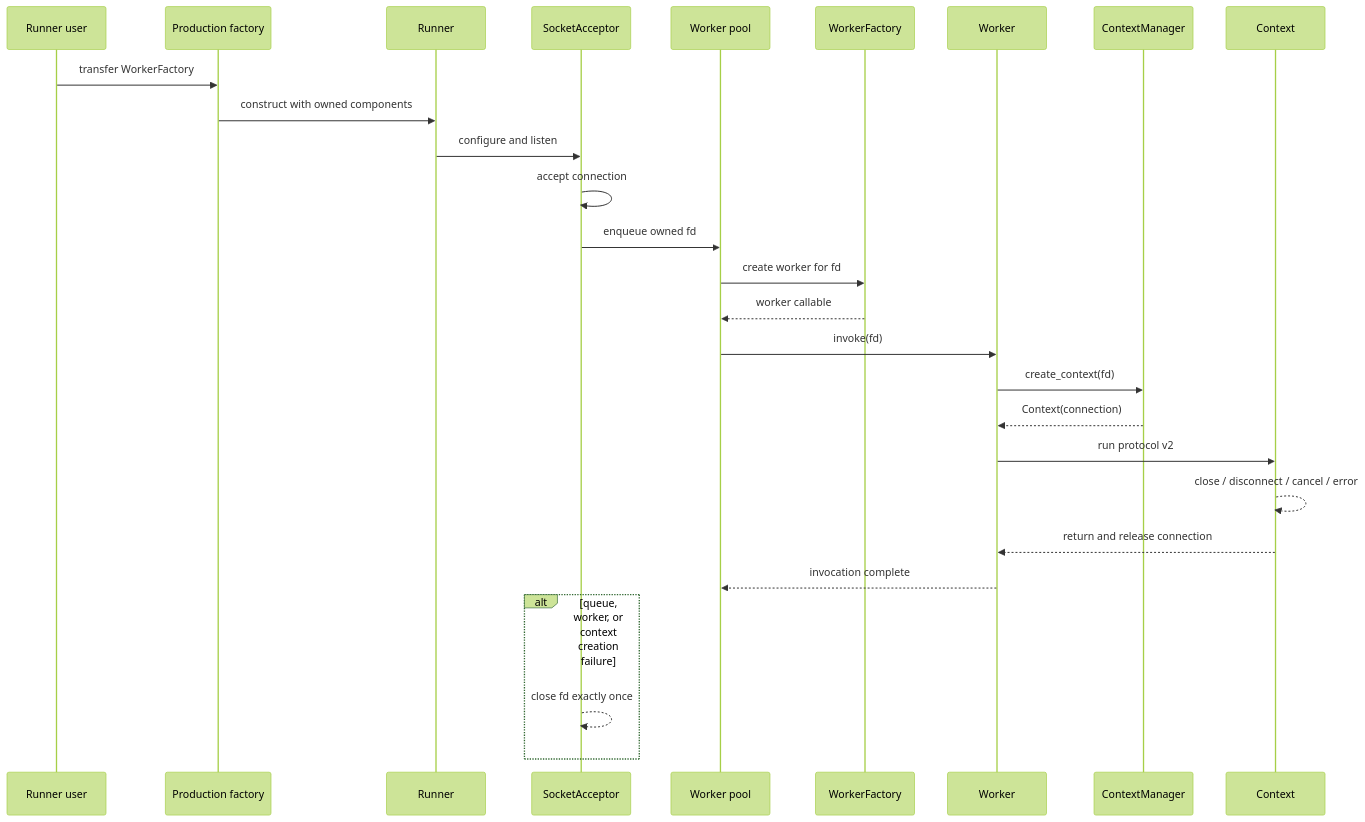
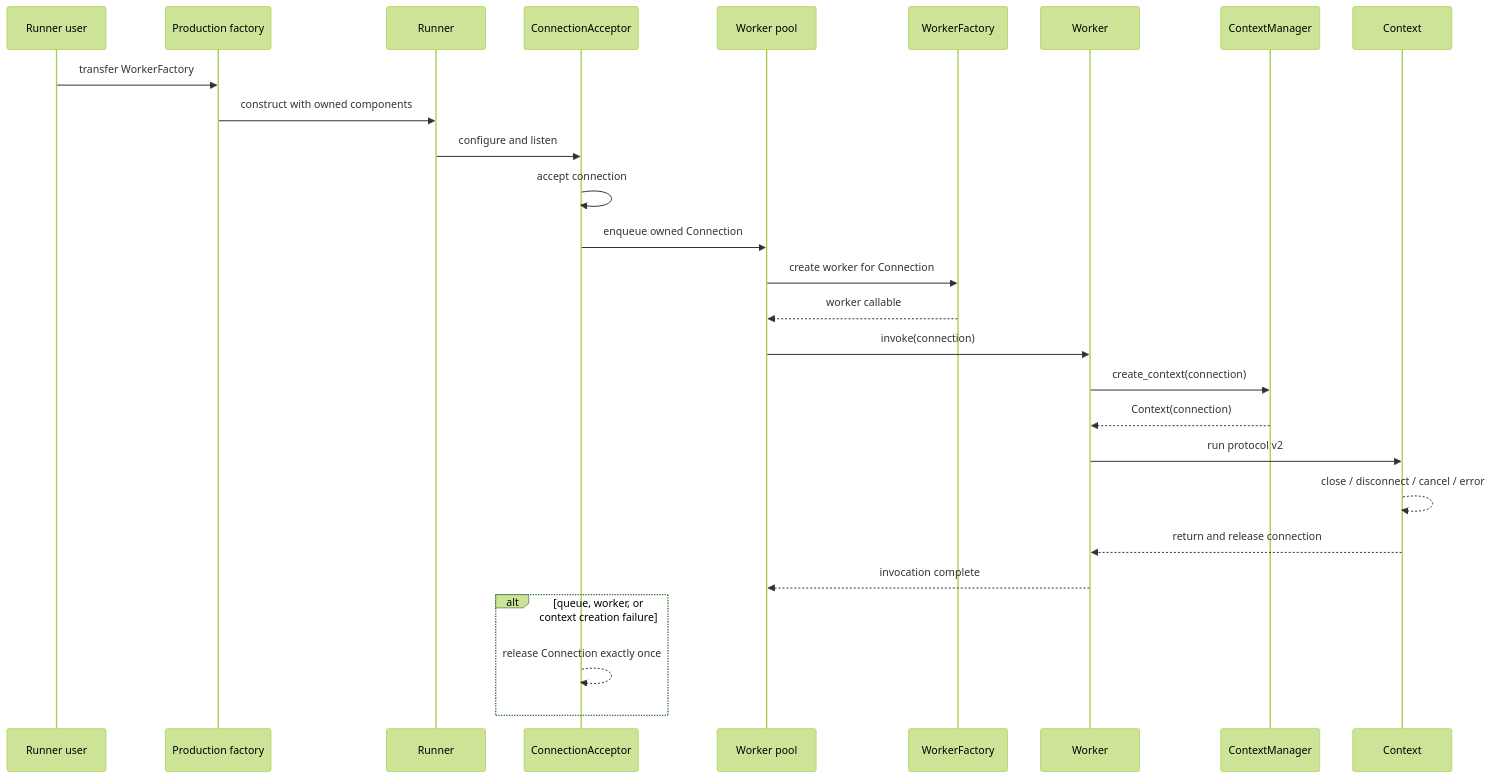
One commit to exasol/udf-runner-cpp changed the diagram in doc/design/v2/runner/connection_lifecycle.mmd. Above: the diagram before and after it, drawn with Mermaid (forest theme). The commit also changed 17 other files, not shown here.

First line of the commit message:
#119: Implemented Connection Acceptor (#124)

```diff
--- a/doc/design/v2/runner/connection_lifecycle.mmd
+++ b/doc/design/v2/runner/connection_lifecycle.mmd
@@ -1,29 +1,29 @@
 sequenceDiagram
     participant User as Runner user
     participant Production as Production factory
     participant Runner
-    participant Acceptor as SocketAcceptor
+    participant Acceptor as ConnectionAcceptor
     participant Pool as Worker pool
     participant Factory as WorkerFactory
     participant Worker
     participant Manager as ContextManager
     participant Context
 
     User->>Production: transfer WorkerFactory
     Production->>Runner: construct with owned components
     Runner->>Acceptor: configure and listen
     Acceptor->>Acceptor: accept connection
-    Acceptor->>Pool: enqueue owned fd
-    Pool->>Factory: create worker for fd
+    Acceptor->>Pool: enqueue owned Connection
+    Pool->>Factory: create worker for Connection
     Factory-->>Pool: worker callable
-    Pool->>Worker: invoke(fd)
-    Worker->>Manager: create_context(fd)
+    Pool->>Worker: invoke(connection)
+    Worker->>Manager: create_context(connection)
     Manager-->>Worker: Context(connection)
     Worker->>Context: run protocol v2
     Context-->>Context: close / disconnect / cancel / error
     Context-->>Worker: return and release connection
     Worker-->>Pool: invocation complete
 
     alt queue, worker, or context creation failure
-        Acceptor-->>Acceptor: close fd exactly once
+    Acceptor-->>Acceptor: release Connection exactly once
     end
```
